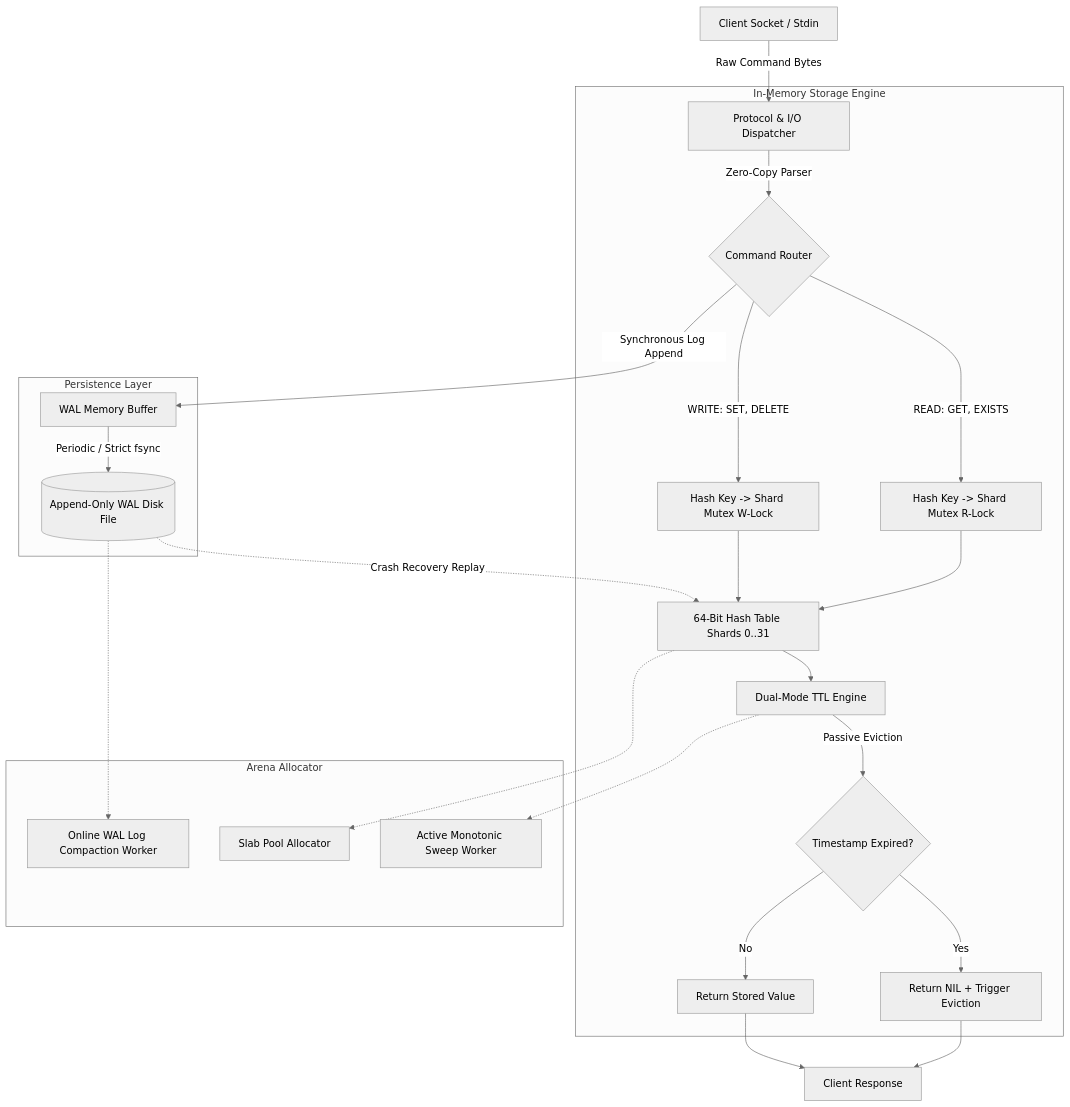
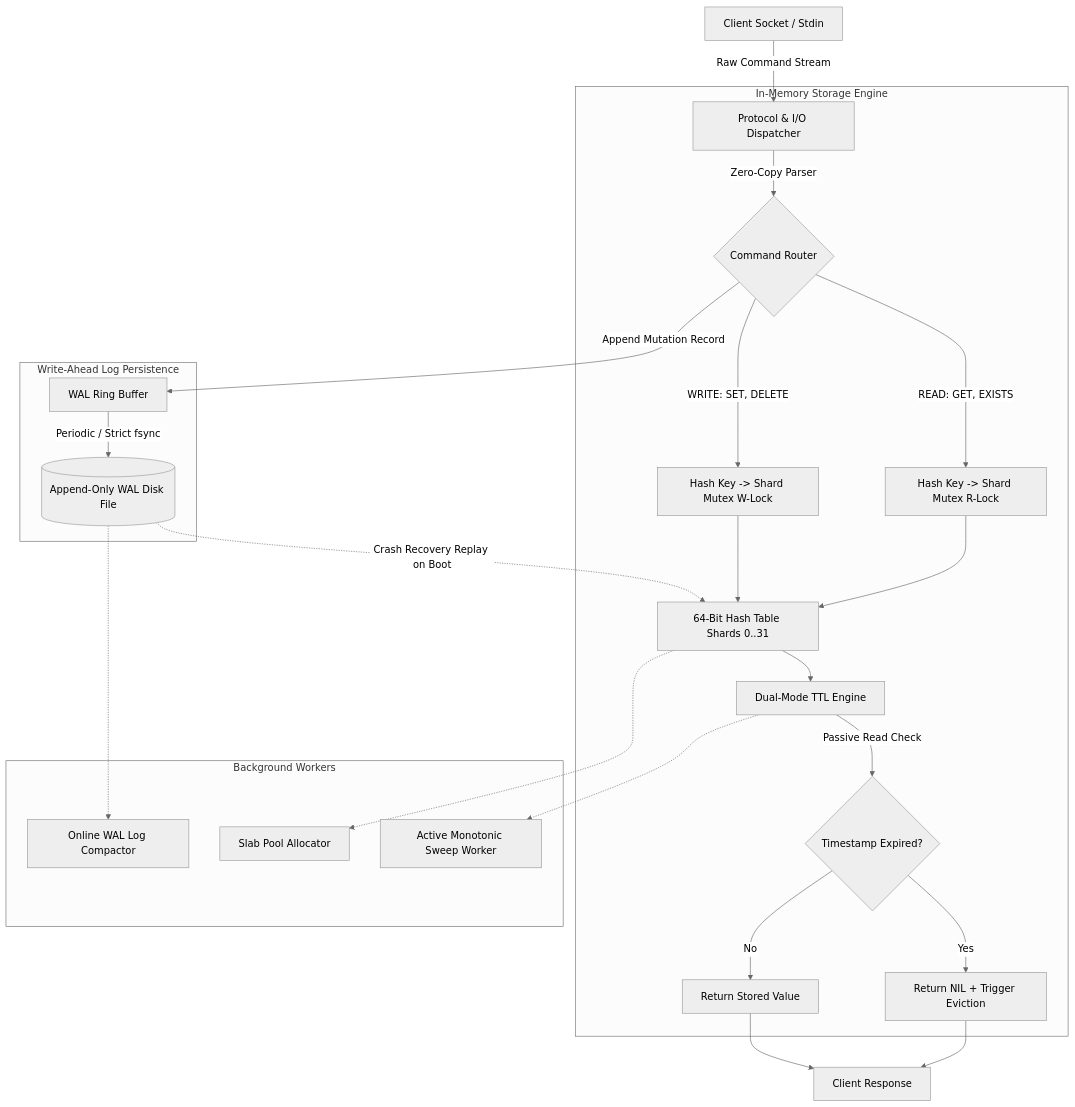
Before and after one commit to PandiaJason/ALGO: the third of 12 diagrams in CHALLENGES_ARCHITECTURE.md, drawn with Mermaid (neutral theme). The commit also changed other lines of this file and 12 other files, not shown here.

Commit message:
refactor(curriculum): reframe challenges with honest systems engineering archetypes, flowcharts, and experimental benchmarks

````diff
--- a/CHALLENGES_ARCHITECTURE.md
+++ b/CHALLENGES_ARCHITECTURE.md
@@ -69,33 +90,33 @@
 ```mermaid
 flowchart TD
-    Client[Client Socket / Stdin] -->|Raw Command Bytes| Dispatcher[Protocol & I/O Dispatcher]
+    Client[Client Socket / Stdin] -->|Raw Command Stream| Dispatcher[Protocol & I/O Dispatcher]
     
-    subgraph Engine Core [In-Memory Storage Engine]
+    subgraph StorageEngine [In-Memory Storage Engine]
         Dispatcher -->|Zero-Copy Parser| Router{Command Router}
         Router -->|READ: GET, EXISTS| ShardSelectRead[Hash Key -> Shard Mutex R-Lock]
         Router -->|WRITE: SET, DELETE| ShardSelectWrite[Hash Key -> Shard Mutex W-Lock]
         
         ShardSelectRead --> Table[64-Bit Hash Table Shards 0..31]
         ShardSelectWrite --> Table
         
         Table --> TTL[Dual-Mode TTL Engine]
-        TTL -->|Passive Eviction| CheckExpired{Timestamp Expired?}
+        TTL -->|Passive Read Check| CheckExpired{Timestamp Expired?}
         CheckExpired -->|Yes| NullResp[Return NIL + Trigger Eviction]
         CheckExpired -->|No| ActiveVal[Return Stored Value]
     end
     
-    subgraph Durability Subsystem [Persistence Layer]
-        Router -->|Synchronous Log Append| WALBuf[WAL Memory Buffer]
+    subgraph DurabilityLayer [Write-Ahead Log Persistence]
+        Router -->|Append Mutation Record| WALBuf[WAL Ring Buffer]
         WALBuf -->|Periodic / Strict fsync| DiskWAL[(Append-Only WAL Disk File)]
-        DiskWAL -.->|Crash Recovery Replay| Table
+        DiskWAL -.->|Crash Recovery Replay on Boot| Table
     end
 
-    subgraph Memory Management [Arena Allocator]
+    subgraph MaintenanceLoops [Background Workers]
         Table -.-> Arena[Slab Pool Allocator]
         TTL -.-> SweepWorker[Active Monotonic Sweep Worker]
-        DiskWAL -.-> Compactor[Online WAL Log Compaction Worker]
+        DiskWAL -.-> Compactor[Online WAL Log Compactor]
     end
 
     ActiveVal --> Output[Client Response]
     NullResp --> Output
 ```
````
